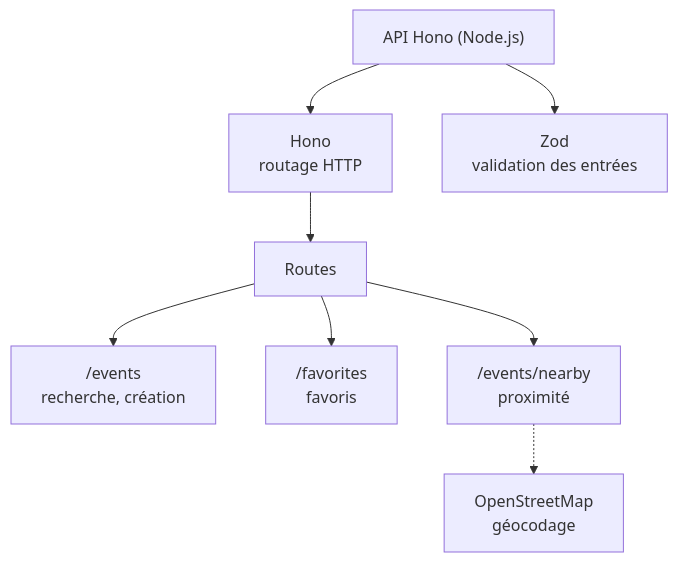
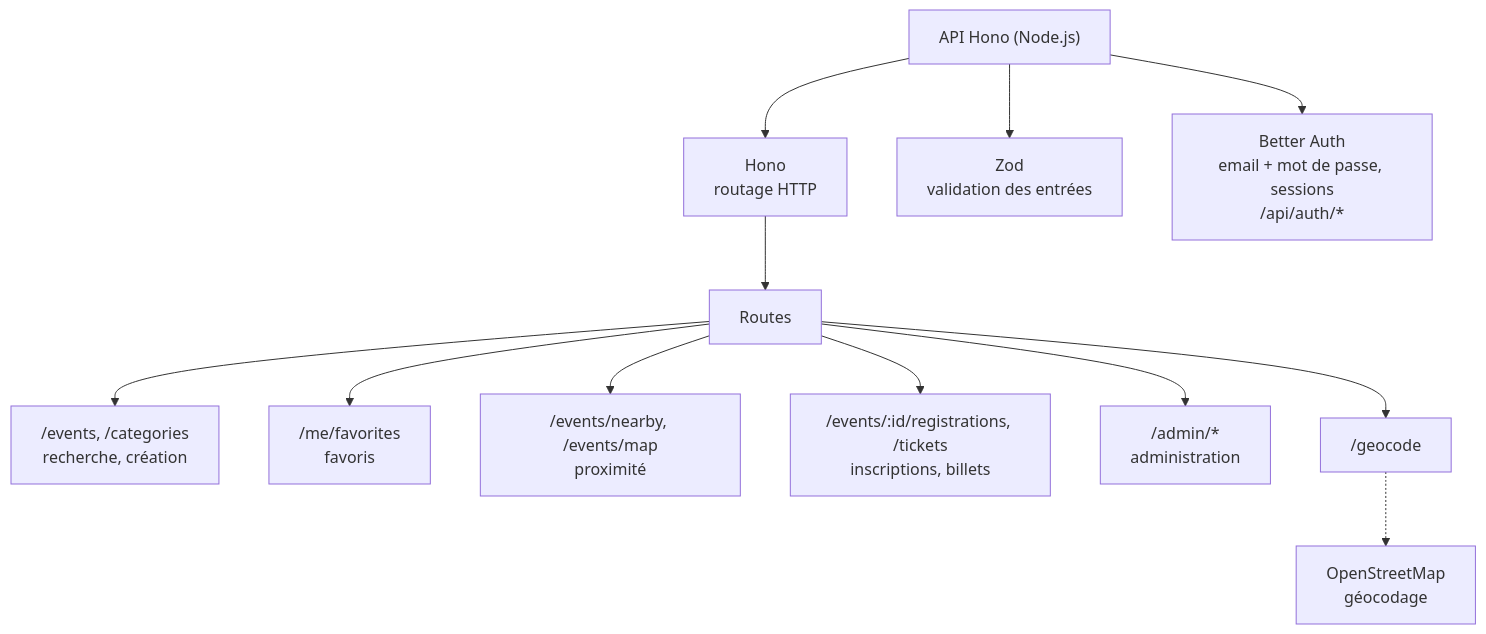
One commit to RobinSartini/EventsHub changed the third of 5 diagrams in README.md. Above: the diagram before and after it, drawn with Mermaid. The commit also changed other lines of this file, not shown here.

````diff
--- a/README.md
+++ b/README.md
@@ -109,10 +116,14 @@
 ```mermaid
 flowchart TD
     API["API Hono (Node.js)"] --> HONO["Hono<br/>routage HTTP"]
     API --> ZODB["Zod<br/>validation des entrées"]
+    API --> AUTH["Better Auth<br/>email + mot de passe, sessions<br/>/api/auth/*"]
     HONO --> ROUTES["Routes"]
-    ROUTES --> EV["/events<br/>recherche, création"]
-    ROUTES --> FAV["/favorites<br/>favoris"]
-    ROUTES --> NEAR["/events/nearby<br/>proximité"]
-    NEAR -.-> OSMB["OpenStreetMap<br/>géocodage"]
+    ROUTES --> EV["/events, /categories<br/>recherche, création"]
+    ROUTES --> FAV["/me/favorites<br/>favoris"]
+    ROUTES --> NEAR["/events/nearby, /events/map<br/>proximité"]
+    ROUTES --> REG["/events/:id/registrations, /tickets<br/>inscriptions, billets"]
+    ROUTES --> ADM["/admin/*<br/>administration"]
+    ROUTES --> GEO["/geocode"]
+    GEO -.-> OSMB["OpenStreetMap<br/>géocodage"]
 ```
````
